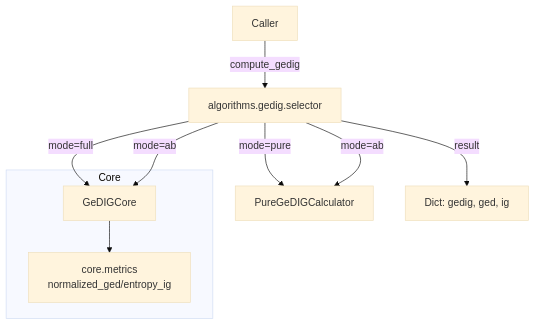
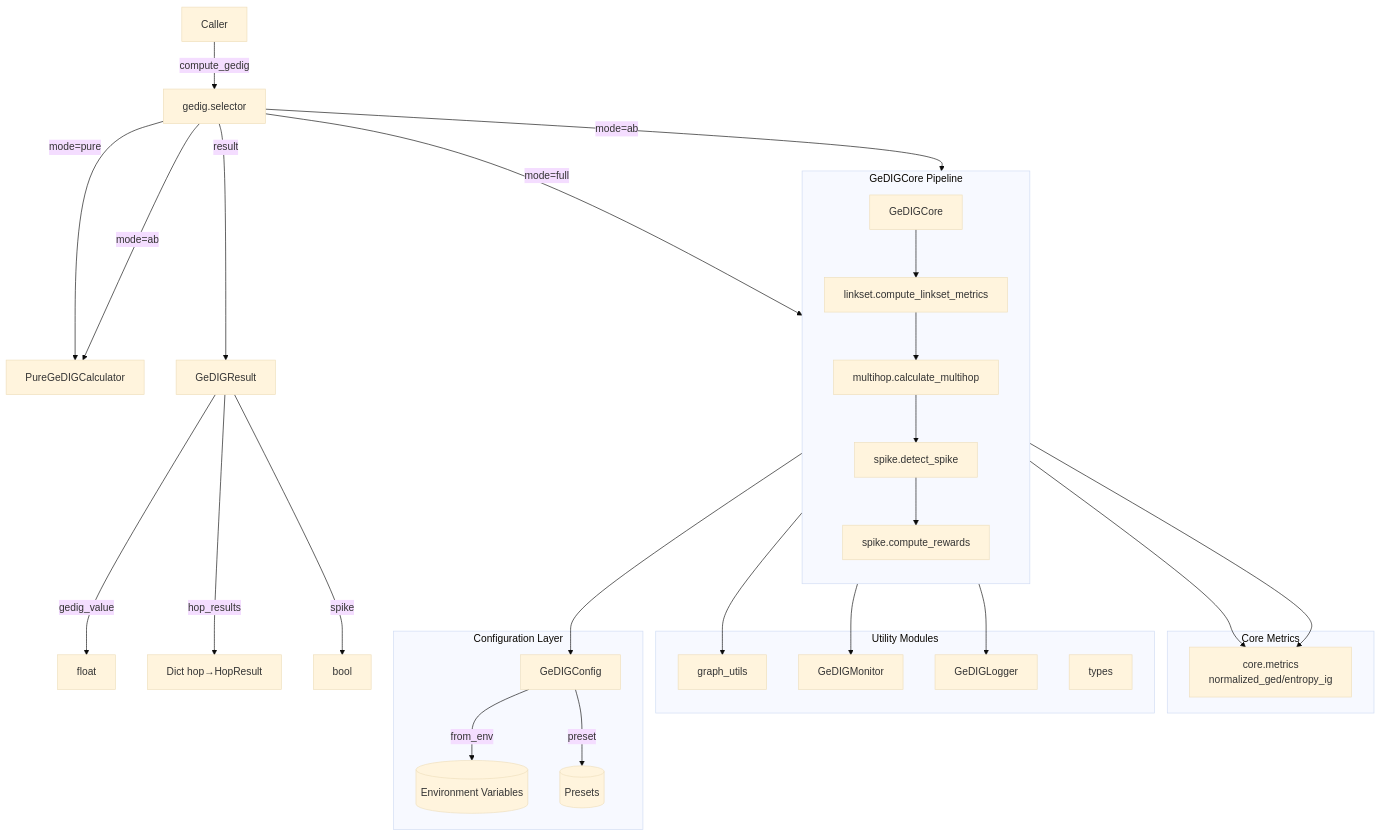
One commit to miyauchikazuyoshi/InsightSpike-AI changed the diagram in docs/diagrams/GEDIG_SELECTOR_PIPELINE.mermaid. Above: the diagram before and after it, drawn with Mermaid (base theme). The commit also changed 7 other files, not shown here.

First line of the commit message:
docs: update architecture docs for geDIG modular refactoring

```diff
--- a/docs/diagrams/GEDIG_SELECTOR_PIPELINE.mermaid
+++ b/docs/diagrams/GEDIG_SELECTOR_PIPELINE.mermaid
@@ -1,10 +1,52 @@
+%% GeDIG Selector Pipeline (2026-02)
+%% Post-Refactoring Architecture
+
 flowchart TD
-  A[Caller] -->|compute_gedig| S[algorithms.gedig.selector]
+  A[Caller] -->|compute_gedig| S[gedig.selector]
   S -->|mode=pure| P[PureGeDIGCalculator]
   S -->|mode=full| C[GeDIGCore]
   S -->|mode=ab| P & C
-  subgraph Core
+
+  subgraph ConfigLayer["Configuration Layer"]
+    CFG[GeDIGConfig]
+    CFG -->|from_env| ENV[(Environment Variables)]
+    CFG -->|preset| PRESET[(Presets)]
+  end
+
+  C --> CFG
+
+  subgraph CorePipeline["GeDIGCore Pipeline"]
+    direction TB
+    LINK[linkset.compute_linkset_metrics]
+    MH[multihop.calculate_multihop]
+    SPIKE[spike.detect_spike]
+    REWARD[spike.compute_rewards]
+
+    C --> LINK
+    LINK --> MH
+    MH --> SPIKE
+    SPIKE --> REWARD
+  end
+
+  subgraph Utilities["Utility Modules"]
+    GU[graph_utils]
+    MON[GeDIGMonitor]
+    LOG[GeDIGLogger]
+    TYPES[types]
+  end
+
+  MH --> GU
+  C --> MON
+  C --> LOG
+
+  subgraph Metrics["Core Metrics"]
     M[core.metrics\n normalized_ged/entropy_ig]
-    C --> M
   end
-  S -->|result| R[Dict: gedig, ged, ig]
+
+  MH --> M
+  LINK --> M
+
+  S -->|result| R[GeDIGResult]
+  R -->|gedig_value| OUT1[float]
+  R -->|hop_results| OUT2[Dict hop→HopResult]
+  R -->|spike| OUT3[bool]
```
